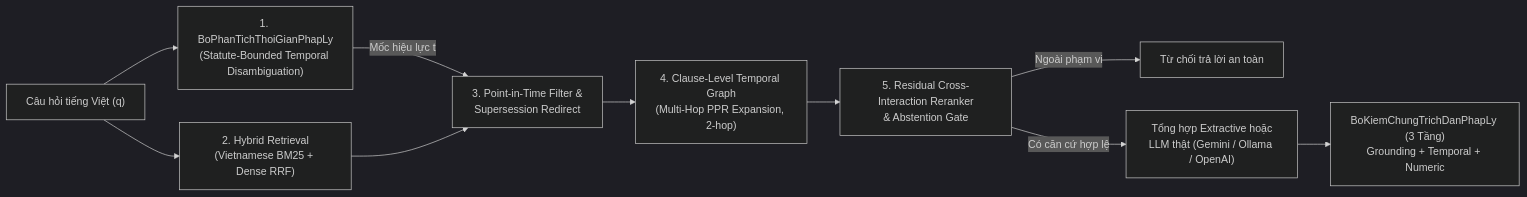
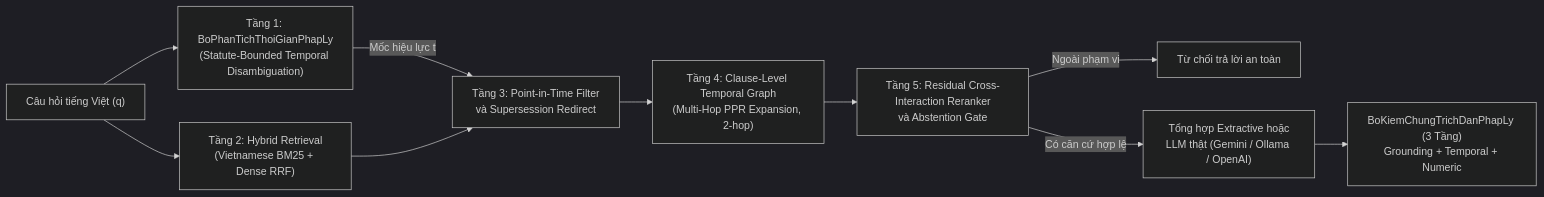
The diagram in docs/guides/vilegal-temporal-rag.md (phonghhd/vietnamese-ai), drawn with Mermaid (dark theme) before and after one commit. The commit also changed other lines of this file and 7 other files, not shown here.

````diff
--- a/docs/guides/vilegal-temporal-rag.md
+++ b/docs/guides/vilegal-temporal-rag.md
@@ -20,12 +20,12 @@
 ```mermaid
 flowchart LR
-    Q["Câu hỏi tiếng Việt (q)"] --> TP["1. BoPhanTichThoiGianPhapLy\n(Statute-Bounded Temporal Disambiguation)"]
-    Q --> HYB["2. Hybrid Retrieval\n(Vietnamese BM25 + Dense RRF)"]
-    TP -->|"Mốc hiệu lực t"| TMP["3. Point-in-Time Filter &\nSupersession Redirect"]
+    Q["Câu hỏi tiếng Việt (q)"] --> TP["Tầng 1: BoPhanTichThoiGianPhapLy<br/>(Statute-Bounded Temporal Disambiguation)"]
+    Q --> HYB["Tầng 2: Hybrid Retrieval<br/>(Vietnamese BM25 + Dense RRF)"]
+    TP -- "Mốc hiệu lực t" --> TMP["Tầng 3: Point-in-Time Filter<br/>và Supersession Redirect"]
     HYB --> TMP
-    TMP --> GR["4. Clause-Level Temporal Graph\n(Multi-Hop PPR Expansion, 2-hop)"]
-    GR --> RR["5. Residual Cross-Interaction Reranker\n& Abstention Gate"]
-    RR -->|"Ngoài phạm vi"| ABS["Từ chối trả lời an toàn"]
-    RR -->|"Có căn cứ hợp lệ"| GEN["Tổng hợp Extractive hoặc\nLLM thật (Gemini / Ollama / OpenAI)"]
-    GEN --> VER["BoKiemChungTrichDanPhapLy (3 Tầng)\nGrounding + Temporal + Numeric"]
+    TMP --> GR["Tầng 4: Clause-Level Temporal Graph<br/>(Multi-Hop PPR Expansion, 2-hop)"]
+    GR --> RR["Tầng 5: Residual Cross-Interaction Reranker<br/>và Abstention Gate"]
+    RR -- "Ngoài phạm vi" --> ABS["Từ chối trả lời an toàn"]
+    RR -- "Có căn cứ hợp lệ" --> GEN["Tổng hợp Extractive hoặc<br/>LLM thật (Gemini / Ollama / OpenAI)"]
+    GEN --> VER["BoKiemChungTrichDanPhapLy (3 Tầng)<br/>Grounding + Temporal + Numeric"]
 ```
````
